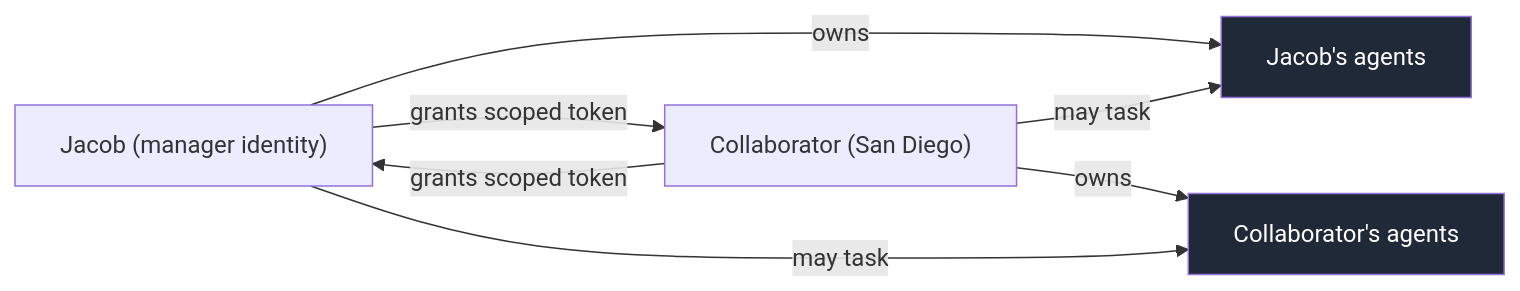
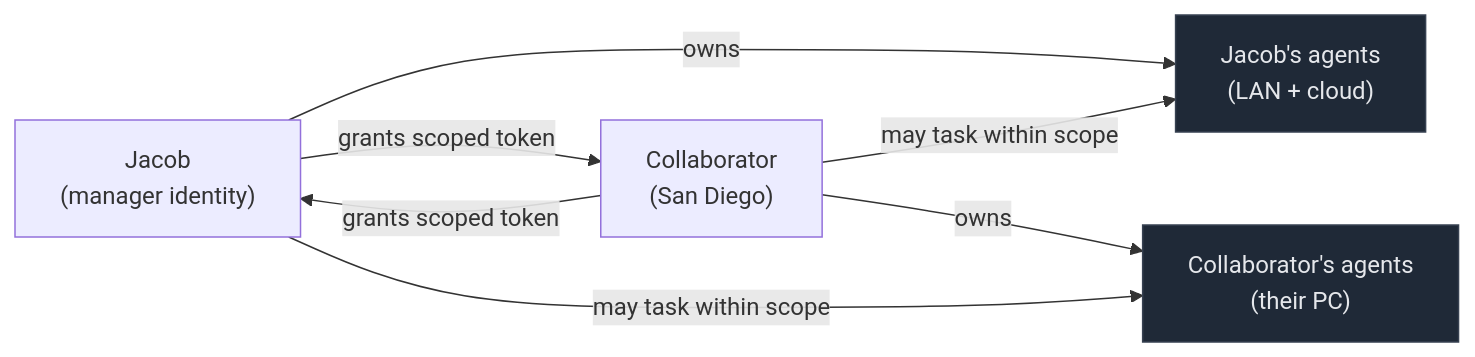
One commit to jnowat/gruper changed the third of 4 diagrams in GruperDistributedSpec.md. Above: the diagram before and after it, drawn with Mermaid. The commit also changed other lines of this file, not shown here.

````diff
--- a/GruperDistributedSpec.md
+++ b/GruperDistributedSpec.md
@@ -189,11 +215,11 @@
 ```mermaid
 flowchart LR
-    JM["Jacob (manager identity)"] -->|owns| JA["Jacob's agents"]
-    CM["Collaborator (San Diego)"] -->|owns| CA["Collaborator's agents"]
+    JM["Jacob\n(manager identity)"] -->|owns| JA["Jacob's agents\n(LAN + cloud)"]
+    CM["Collaborator\n(San Diego)"] -->|owns| CA["Collaborator's agents\n(their PC)"]
     CM -->|grants scoped token| JM
     JM -->|grants scoped token| CM
-    JM -->|may task| CA
-    CM -->|may task| JA
-    classDef o fill:#1f2937,color:#fff;
-    class JA,CA o;
+    JM -->|may task within scope| CA
+    CM -->|may task within scope| JA
+    classDef agent fill:#1f2937,color:#e5e7eb,stroke:#374151;
+    class JA,CA agent;
 ```
````
